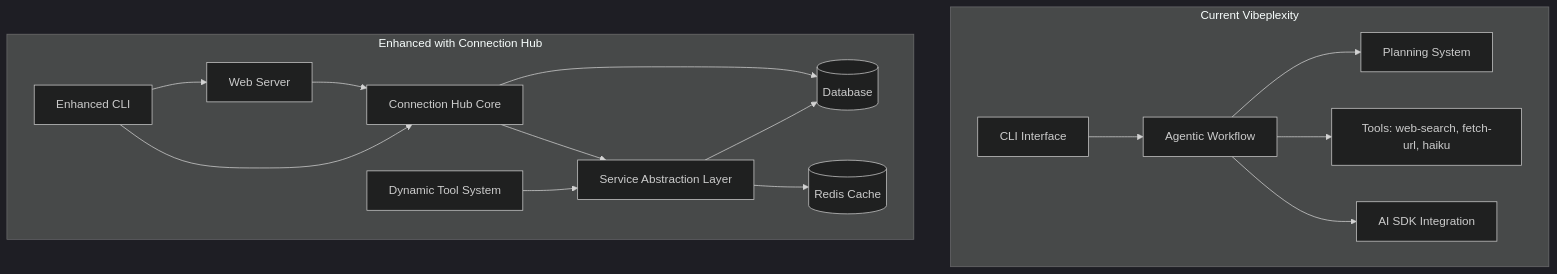
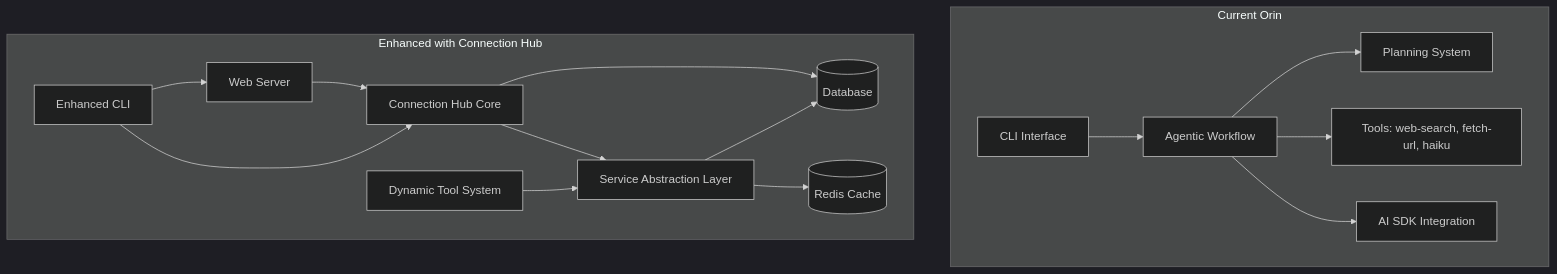
One commit to siquick/vibeplexity-assistant changed the first of 3 diagrams in plan/technical-architecture.md. Above: the diagram before and after it, drawn with Mermaid (dark theme). The commit also changed other lines of this file and 14 other files, not shown here.

Commit message:
Rename Vibeplexity to Orin in CLI and planning documents, update farewell messages, and remove outdated general guidelines. Introduce new coding and AI integration standards for Orin.

````diff
--- a/plan/technical-architecture.md
+++ b/plan/technical-architecture.md
@@ -7,34 +7,34 @@
 ```mermaid
 graph TB
-    subgraph "Current Vibeplexity"
+    subgraph "Current Orin"
         CLI[CLI Interface]
         Workflow[Agentic Workflow]
         Tools[Tools: web-search, fetch-url, haiku]
         Planner[Planning System]
         AI[AI SDK Integration]
         
         CLI --> Workflow
         Workflow --> Planner
         Workflow --> Tools
         Workflow --> AI
     end
     
     subgraph "Enhanced with Connection Hub"
         CLI2[Enhanced CLI]
         WebServer[Web Server]
         ConnHub[Connection Hub Core]
         ServiceLayer[Service Abstraction Layer]
         DB[(Database)]
         Cache[(Redis Cache)]
         DynamicTools[Dynamic Tool System]
         
         CLI2 --> WebServer
         CLI2 --> ConnHub
         WebServer --> ConnHub
         ConnHub --> DB
         ServiceLayer --> DB
         ServiceLayer --> Cache
         DynamicTools --> ServiceLayer
         ConnHub --> ServiceLayer
     end
 ```
````
